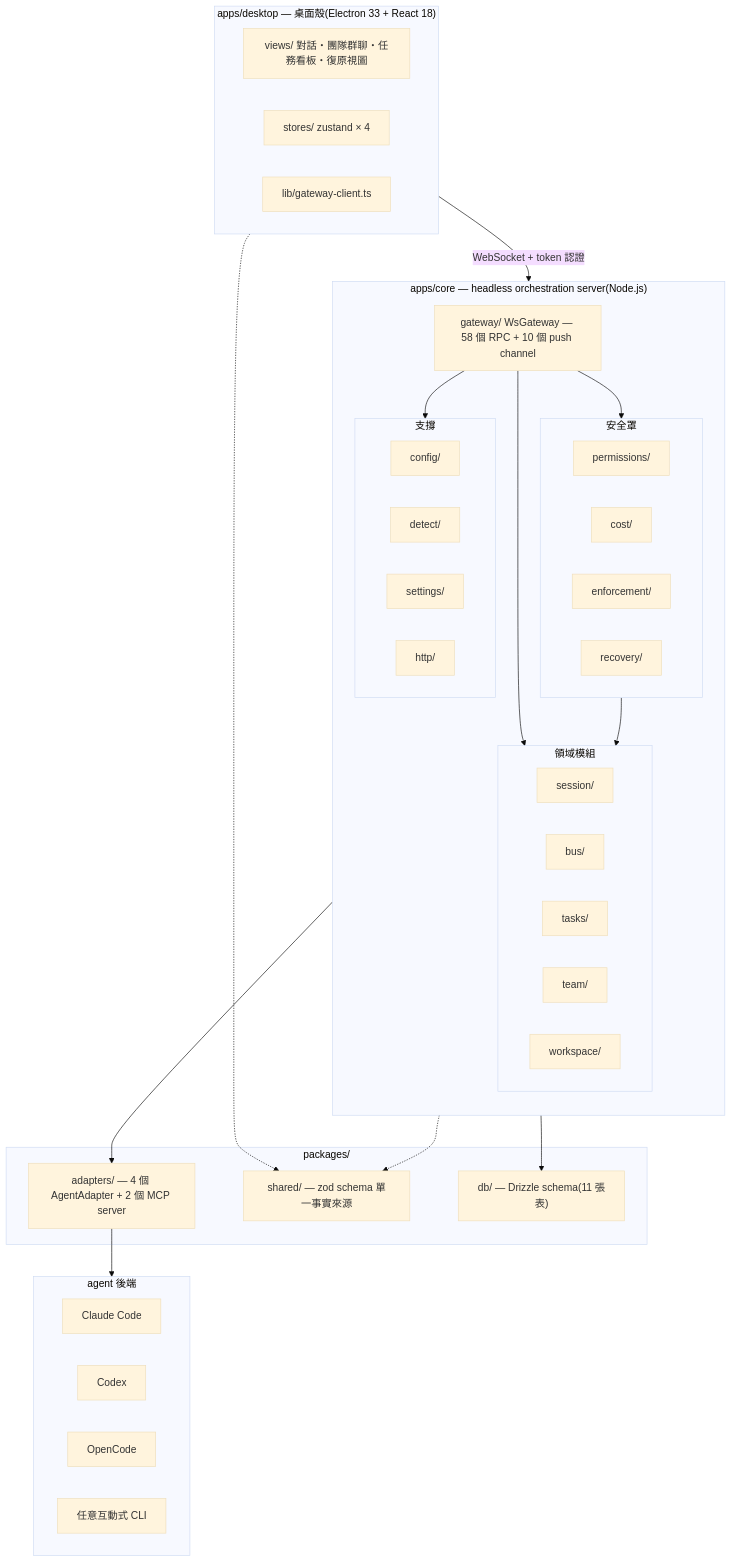
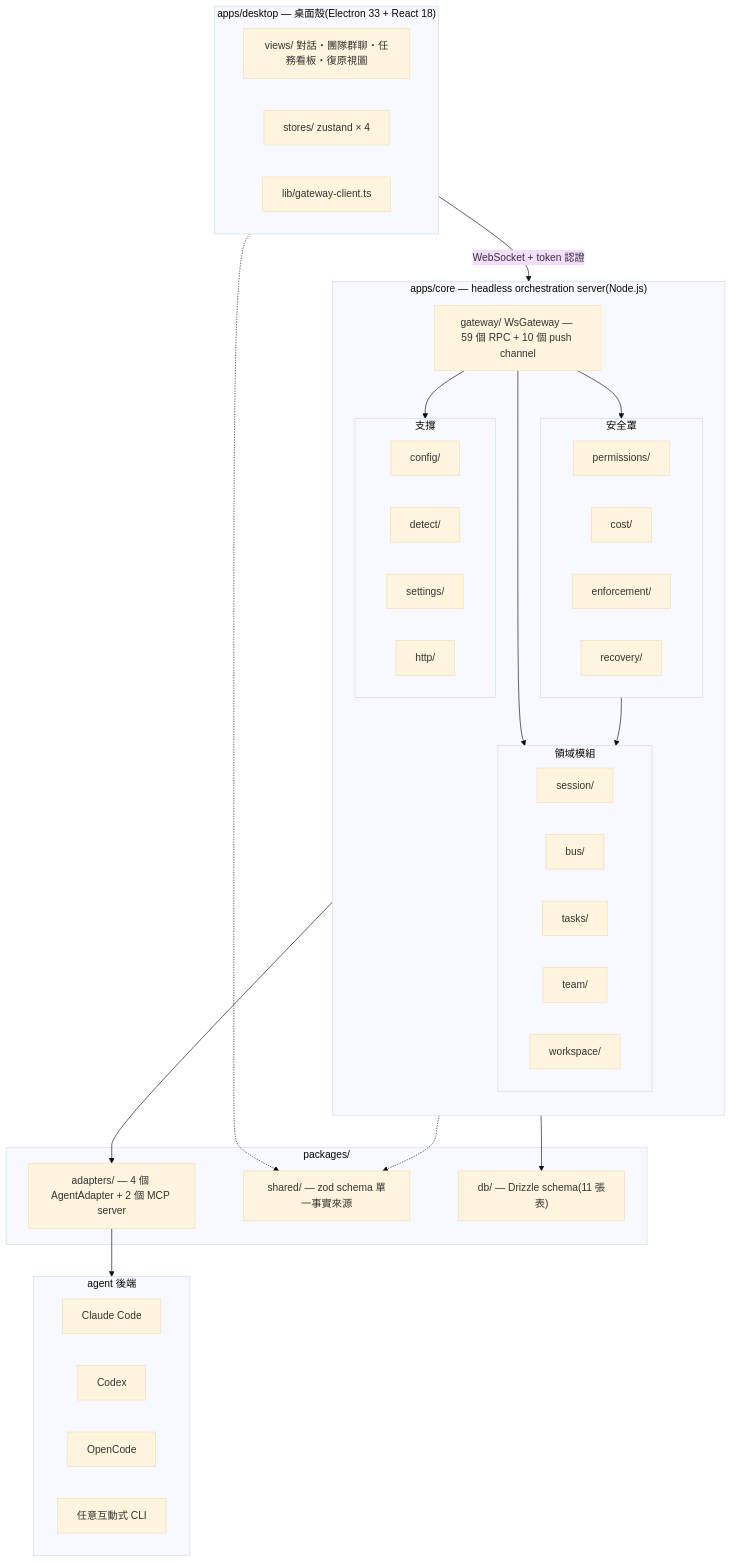
Before and after one commit to xing-101729/deskmony: the first of 6 diagrams in docs/ARCHITECTURE.md, drawn with Mermaid (base theme). The commit also changed other lines of this file and 20 other files, not shown here.

````diff
--- a/docs/ARCHITECTURE.md
+++ b/docs/ARCHITECTURE.md
@@ -44,61 +44,61 @@
 ```mermaid
 flowchart TB
     subgraph SHELL["apps/desktop — 桌面殼(Electron 33 + React 18)"]
         direction LR
         Views["views/ 對話・團隊群聊・任務看板・復原視圖"]
         Stores["stores/ zustand × 4"]
         GWC["lib/gateway-client.ts"]
     end
 
     subgraph CORE["apps/core — headless orchestration server(Node.js)"]
         direction TB
-        GW["gateway/ WsGateway — 58 個 RPC + 10 個 push channel"]
+        GW["gateway/ WsGateway — 59 個 RPC + 10 個 push channel"]
         subgraph DOMAIN["領域模組"]
             direction LR
             Sess["session/"]
             Bus["bus/"]
             Task["tasks/"]
             Team["team/"]
             Work["workspace/"]
         end
         subgraph SHIELD["安全罩"]
             direction LR
             Perm["permissions/"]
             Cost["cost/"]
             Enf["enforcement/"]
             Rec["recovery/"]
         end
         subgraph SUPPORT["支撐"]
             direction LR
             Cfg["config/"]
             Det["detect/"]
             Set["settings/"]
             Http["http/"]
         end
     end
 
     subgraph PKG["packages/"]
         Adapters["adapters/ — 4 個 AgentAdapter + 2 個 MCP server"]
         Shared["shared/ — zod schema 單一事實來源"]
         Db["db/ — Drizzle schema(11 張表)"]
     end
 
     subgraph BACKENDS["agent 後端"]
         direction LR
         CC["Claude Code"]
         CDX["Codex"]
         OCS["OpenCode"]
         ANY["任意互動式 CLI"]
     end
 
     SHELL -- "WebSocket + token 認證" --> GW
     GW --> DOMAIN
     GW --> SHIELD
     GW --> SUPPORT
     DOMAIN --> Adapters
     SHIELD --> DOMAIN
     CORE --> Db
     Adapters --> BACKENDS
     SHELL -.-> Shared
     CORE -.-> Shared
 ```
````
